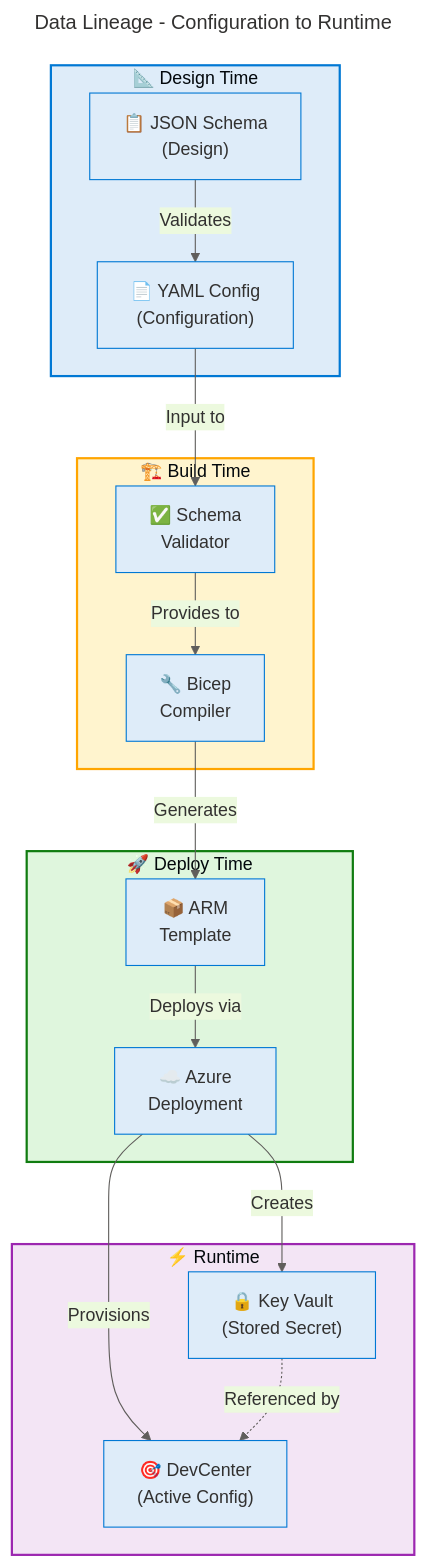
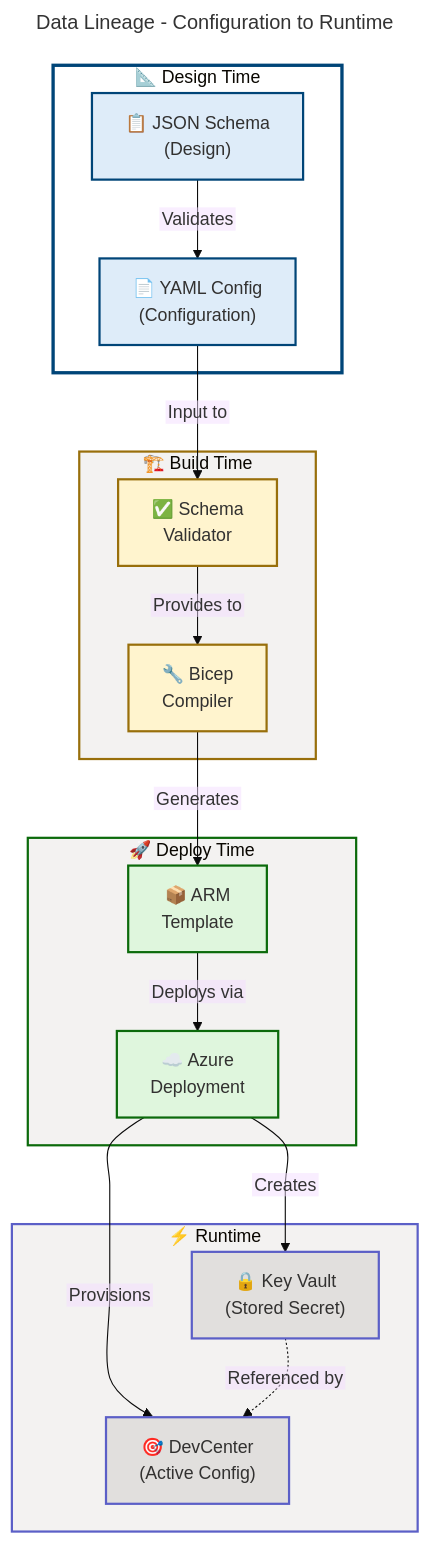
The sixth of 6 diagrams in docs/architecture/Data-Architecture.md (Evilazaro/DevExp-DevBox), drawn with Mermaid before and after one commit. The commit also changed other lines of this file, not shown here.

Commit message:
feat: enhance flowchart accessibility and styling for Data Architecture documentation

````diff
--- a/docs/architecture/Data-Architecture.md
+++ b/docs/architecture/Data-Architecture.md
@@ -827,37 +880,50 @@
 config:
   theme: base
   themeVariables:
-    primaryColor: "#DEECF9"
-    primaryTextColor: "#323130"
-    primaryBorderColor: "#0078D4"
-    lineColor: "#605E5C"
+    fontSize: '16px'
+  flowchart:
+    htmlLabels: false
+    curve: cardinal
+    nodeSpacing: 50
+    rankSpacing: 50
 ---
 flowchart TD
     accTitle: Data Lineage Map
-    accDescr: Full lineage from schemas through deployment to runtime
+    accDescr: Full lineage from schemas through deployment to runtime showing 4 lifecycle stages with design time, build time, deploy time, and runtime phases. WCAG AA compliant.
+
+    %% ═══════════════════════════════════════════════════════════════════════════
+    %% AZURE / FLUENT ARCHITECTURE PATTERN v1.1
+    %% (Semantic + Structural + Font + Accessibility Governance)
+    %% ═══════════════════════════════════════════════════════════════════════════
+    %% PHASE 1 - STRUCTURAL: TD direction explicit, 4 subgraphs representing lifecycle
+    %% PHASE 2 - SEMANTIC: 4 semantic colors with lifecycle stage justification:
+    %%   azureBlue (#DEECF9) = design time (information architecture)
+    %%   sharedYellow (#FFF4CE) = build time (compilation/transformation)
+    %%   successGreen (#DFF6DD) = deploy time (successful deployment)
+    %%   neutralPurple (#E1DFDD) = runtime (active system)
+    %% PHASE 3 - FONT: Dark text #323130 on light backgrounds (WCAG AA 4.5:1 contrast)
+    %% PHASE 4 - ACCESSIBILITY: accTitle/accDescr present, all nodes have emoji icons
+    %% PHASE 5 - STANDARD: 4 subgraphs at same level, semantic colors on content nodes
+    %% ═══════════════════════════════════════════════════════════════════════════
 
     subgraph design["📐 Design Time"]
-        style design fill:#DEECF9,stroke:#0078D4,stroke-width:2px
-        L1["📋 JSON Schema<br/>(Design)"]
-        L2["📄 YAML Config<br/>(Configuration)"]
+        L1["📋 JSON Schema<br/>(Design)"]:::azureBlue
+        L2["📄 YAML Config<br/>(Configuration)"]:::azureBlue
     end
 
     subgraph build["🏗️ Build Time"]
-        style build fill:#FFF4CE,stroke:#FFA500,stroke-width:2px
-        L3["✅ Schema<br/>Validator"]
-        L4["🔧 Bicep<br/>Compiler"]
+        L3["✅ Schema<br/>Validator"]:::sharedYellow
+        L4["🔧 Bicep<br/>Compiler"]:::sharedYellow
     end
 
     subgraph deploy["🚀 Deploy Time"]
-        style deploy fill:#DFF6DD,stroke:#107C10,stroke-width:2px
-        L5["📦 ARM<br/>Template"]
-        L6["☁️ Azure<br/>Deployment"]
+        L5["📦 ARM<br/>Template"]:::successGreen
+        L6["☁️ Azure<br/>Deployment"]:::successGreen
     end
 
     subgraph runtime["⚡ Runtime"]
-        style runtime fill:#F3E5F5,stroke:#9C27B0,stroke-width:2px
-        L7["🔒 Key Vault<br/>(Stored Secret)"]
-        L8["🎯 DevCenter<br/>(Active Config)"]
+        L7["🔒 Key Vault<br/>(Stored Secret)"]:::neutralPurple
+        L8["🎯 DevCenter<br/>(Active Config)"]:::neutralPurple
     end
 
     L1 -->|Validates| L2
@@ -868,4 +934,26 @@
     L6 -->|Creates| L7
     L6 -->|Provisions| L8
     L7 -.->|Referenced by| L8
+
+    %% Required classDef palette (ALL 14 - MANDATORY per MRM-D002)
+    classDef level1Group fill:#FFFFFF,stroke:#605E5C,stroke-width:3px,color:#323130
+    classDef level2Group fill:#F3F2F1,stroke:#605E5C,stroke-width:2px,color:#323130
+    classDef level3Group fill:#E1DFDD,stroke:#605E5C,stroke-width:2px,color:#323130
+    classDef level4Group fill:#D2D0CE,stroke:#605E5C,stroke-width:1px,color:#323130
+    classDef mainGroup fill:#FFFFFF,stroke:#605E5C,stroke-width:3px,color:#323130
+    classDef subGroup fill:#F3F2F1,stroke:#605E5C,stroke-width:2px,color:#323130
+    classDef azureBlue fill:#DEECF9,stroke:#004578,stroke-width:2px,color:#323130
+    classDef successGreen fill:#DFF6DD,stroke:#0B6A0B,stroke-width:2px,color:#323130
+    classDef errorRed fill:#FDE7E9,stroke:#A4262C,stroke-width:2px,color:#323130
+    classDef sharedYellow fill:#FFF4CE,stroke:#986F0B,stroke-width:2px,color:#323130
+    classDef warningOrange fill:#FDE7E9,stroke:#8A3707,stroke-width:2px,color:#323130
+    classDef neutralPurple fill:#E1DFDD,stroke:#5B5FC7,stroke-width:2px,color:#323130
+    classDef presenceTeal fill:#C8F0E7,stroke:#00666B,stroke-width:2px,color:#323130
+    classDef neutralGrey fill:#F3F2F1,stroke:#605E5C,stroke-width:2px,color:#323130
+
+    %% Subgraph styling (4 subgraphs = 4 style directives) - MANDATORY per GATE-2
+    style design fill:#FFFFFF,stroke:#004578,stroke-width:3px
+    style build fill:#F3F2F1,stroke:#986F0B,stroke-width:2px
+    style deploy fill:#F3F2F1,stroke:#0B6A0B,stroke-width:2px
+    style runtime fill:#F3F2F1,stroke:#5B5FC7,stroke-width:2px
 ```
````
